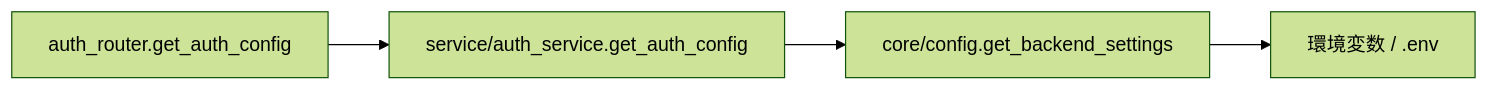
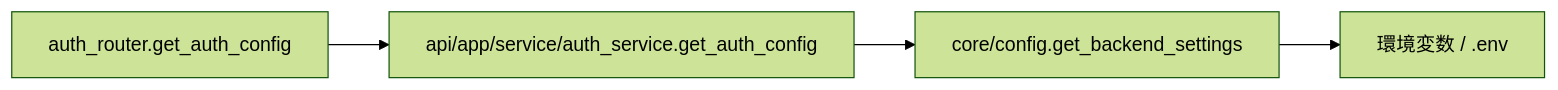
Before and after one commit to oikawa-d/task_management: the third of 3 diagrams in docs/detailed_design/api/auth/05_get_auth_config.md, drawn with Mermaid (forest theme). The commit also changed 29 other files, not shown here.

````diff
--- a/docs/detailed_design/api/auth/05_get_auth_config.md
+++ b/docs/detailed_design/api/auth/05_get_auth_config.md
@@ -131,6 +131,6 @@
 ```mermaid
 flowchart LR
-    R["auth_router.get_auth_config"] --> S["service/auth_service.get_auth_config"]
+    R["auth_router.get_auth_config"] --> S["api/app/service/auth_service.get_auth_config"]
     S --> SET["core/config.get_backend_settings"]
     SET --> ENV["環境変数 / .env"]
 ```
````
